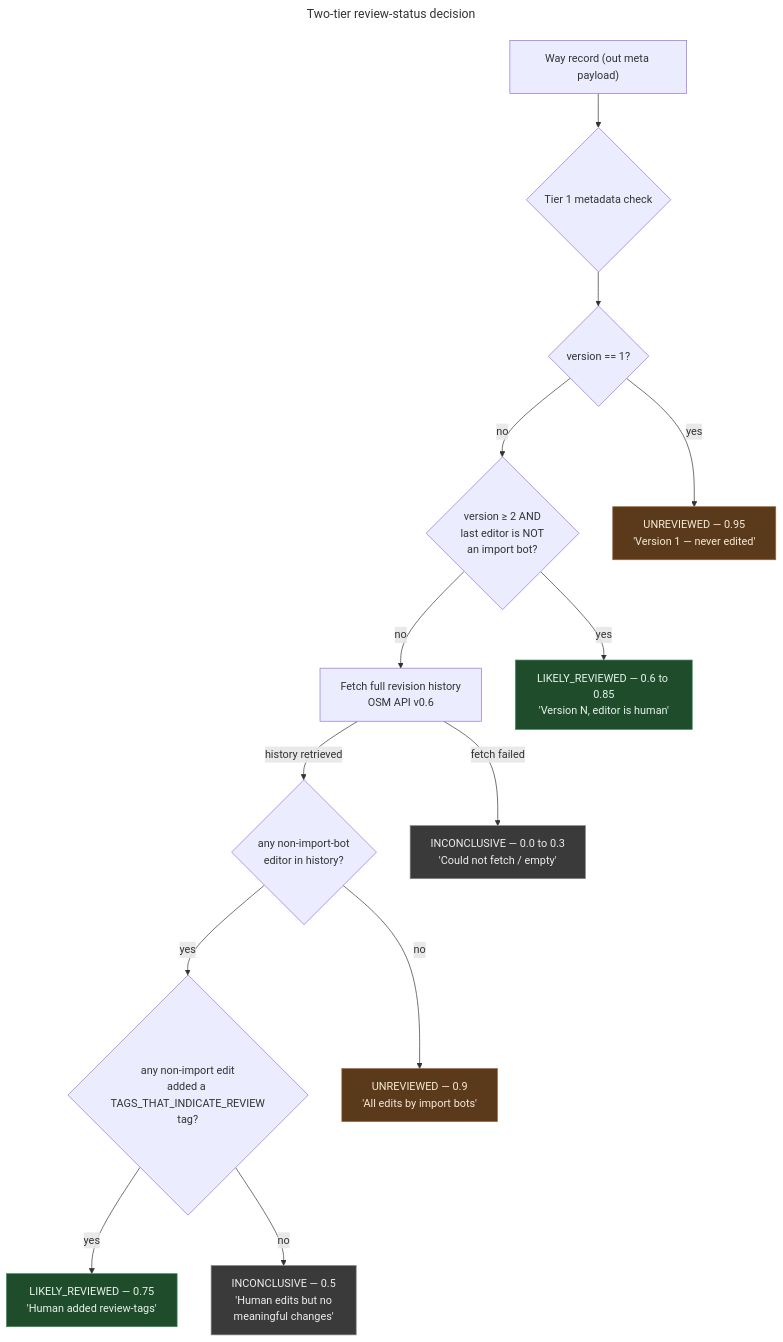
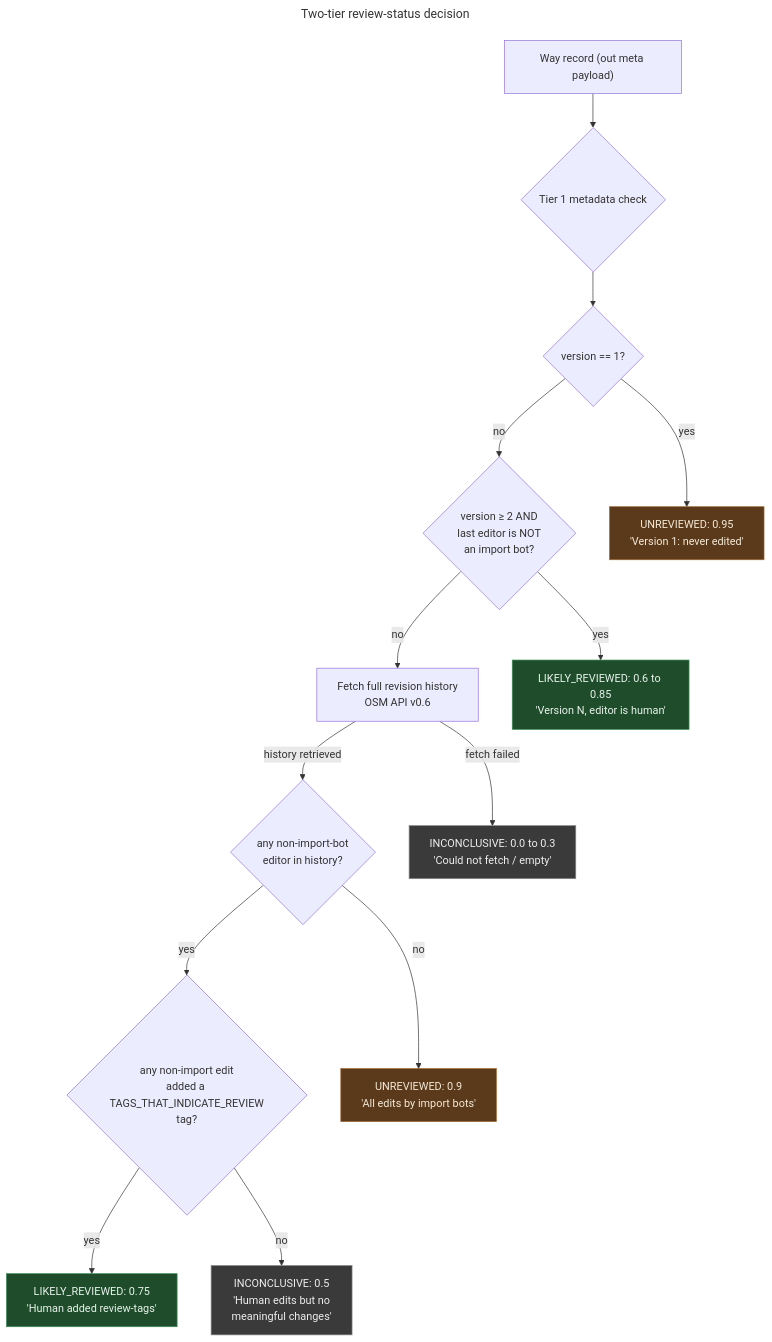
One commit to AICincy/MetroNow changed the diagram in docs/explainers/history-filter.md. Above: the diagram before and after it, drawn with Mermaid. The commit also changed other lines of this file and 31 other files, not shown here.

````diff
--- a/docs/explainers/history-filter.md
+++ b/docs/explainers/history-filter.md
@@ -92,40 +92,40 @@
 ```mermaid
 ---
 title: Two-tier review-status decision
 ---
 flowchart TD
     Way["Way record (out meta payload)"]
     T1{"Tier 1 metadata check"}
     V1{"version == 1?"}
     VN{"version ≥ 2 AND<br/>last editor is NOT<br/>an import bot?"}
     Fetch["Fetch full revision history<br/>OSM API v0.6"]
     HasNonBot{"any non-import-bot<br/>editor in history?"}
     Meaningful{"any non-import edit<br/>added a TAGS_THAT_INDICATE_REVIEW<br/>tag?"}
 
-    Out_UNR_v1["UNREVIEWED — 0.95<br/>'Version 1 — never edited'"]
-    Out_LR_v2["LIKELY_REVIEWED — 0.6 to 0.85<br/>'Version N, editor is human'"]
-    Out_UNR_bots["UNREVIEWED — 0.9<br/>'All edits by import bots'"]
-    Out_LR_meaning["LIKELY_REVIEWED — 0.75<br/>'Human added review-tags'"]
-    Out_INC["INCONCLUSIVE — 0.5<br/>'Human edits but no<br/>meaningful changes'"]
-    Out_INC_fail["INCONCLUSIVE — 0.0 to 0.3<br/>'Could not fetch / empty'"]
+    Out_UNR_v1["UNREVIEWED: 0.95<br/>'Version 1: never edited'"]
+    Out_LR_v2["LIKELY_REVIEWED: 0.6 to 0.85<br/>'Version N, editor is human'"]
+    Out_UNR_bots["UNREVIEWED: 0.9<br/>'All edits by import bots'"]
+    Out_LR_meaning["LIKELY_REVIEWED: 0.75<br/>'Human added review-tags'"]
+    Out_INC["INCONCLUSIVE: 0.5<br/>'Human edits but no<br/>meaningful changes'"]
+    Out_INC_fail["INCONCLUSIVE: 0.0 to 0.3<br/>'Could not fetch / empty'"]
 
     Way --> T1
     T1 --> V1
     V1 -- yes --> Out_UNR_v1
     V1 -- no --> VN
     VN -- yes --> Out_LR_v2
     VN -- no --> Fetch
     Fetch -- "fetch failed" --> Out_INC_fail
     Fetch -- "history retrieved" --> HasNonBot
     HasNonBot -- no --> Out_UNR_bots
     HasNonBot -- yes --> Meaningful
     Meaningful -- yes --> Out_LR_meaning
     Meaningful -- no --> Out_INC
 
     classDef unreviewed fill:#5b3a1c,stroke:#a06632,color:#f5ead7
     classDef reviewed fill:#1f4d2b,stroke:#3b8c5a,color:#e8f3ec
     classDef inconclusive fill:#3a3a3a,stroke:#888,color:#eee
     class Out_UNR_v1,Out_UNR_bots unreviewed
     class Out_LR_v2,Out_LR_meaning reviewed
     class Out_INC,Out_INC_fail inconclusive
 ```
````
